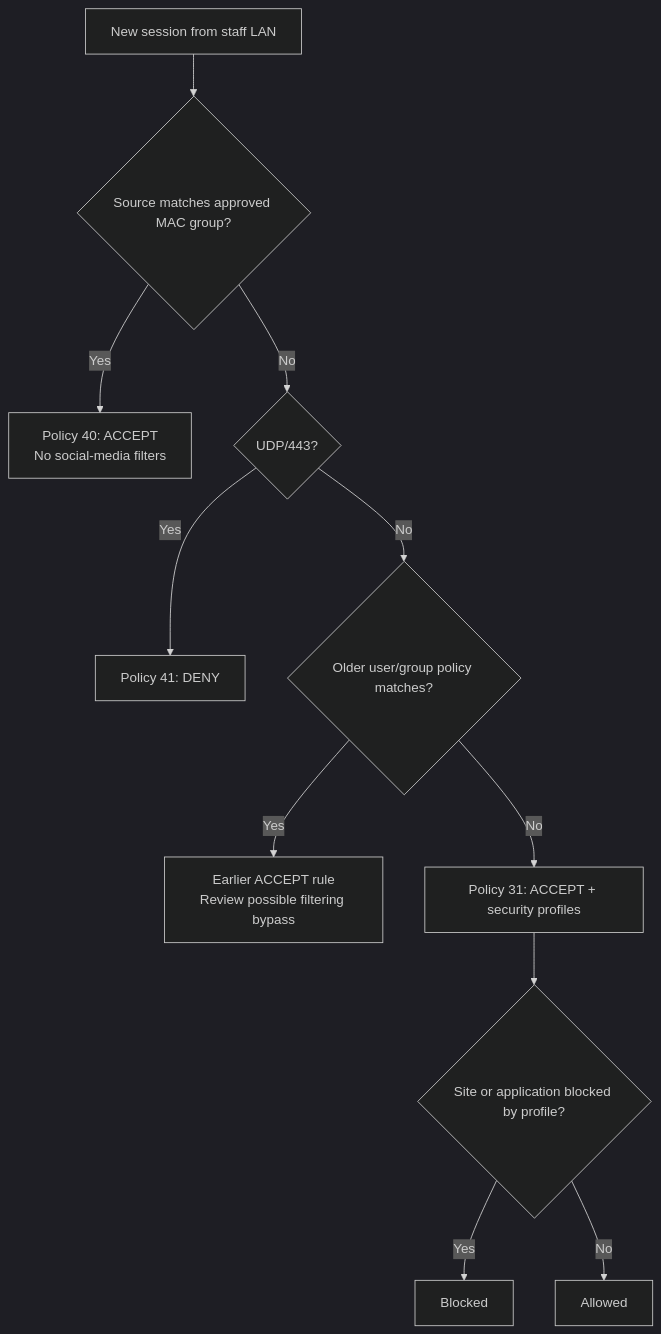
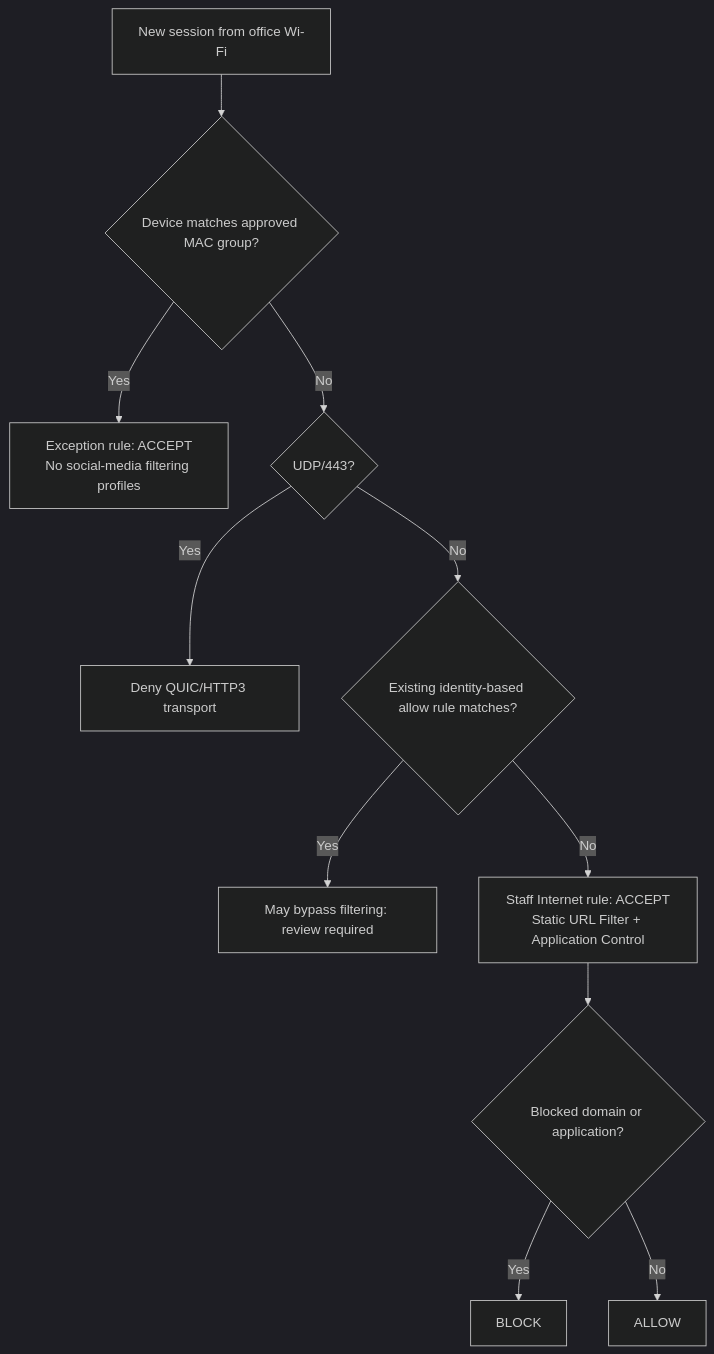
Before and after one commit to rsatlukhanov-coder/fortigate-social-media-access-control: the diagram in README.md, drawn with Mermaid (dark theme). The commit also changed other lines of this file, not shown here.

````diff
--- a/README.md
+++ b/README.md
@@ -41,13 +33,13 @@
 ```mermaid
 flowchart TD
-    A["New session from staff LAN"] --> B{"Source matches approved MAC group?"}
-    B -- Yes --> C["Policy 40: ACCEPT\nNo social-media filters"]
+    A["New session from office Wi-Fi"] --> B{"Device matches approved MAC group?"}
+    B -- Yes --> C["Exception rule: ACCEPT\nNo social-media filtering profiles"]
     B -- No --> D{"UDP/443?"}
-    D -- Yes --> E["Policy 41: DENY"]
-    D -- No --> F{"Older user/group policy matches?"}
-    F -- Yes --> G["Earlier ACCEPT rule\nReview possible filtering bypass"]
-    F -- No --> H["Policy 31: ACCEPT + security profiles"]
-    H --> I{"Site or application blocked by profile?"}
-    I -- Yes --> J["Blocked"]
-    I -- No --> K["Allowed"]
+    D -- Yes --> E["Deny QUIC/HTTP3 transport"]
+    D -- No --> F{"Existing identity-based allow rule matches?"}
+    F -- Yes --> G["May bypass filtering: review required"]
+    F -- No --> H["Staff Internet rule: ACCEPT\nStatic URL Filter + Application Control"]
+    H --> I{"Blocked domain or application?"}
+    I -- Yes --> J["BLOCK"]
+    I -- No --> K["ALLOW"]
 ```
````
